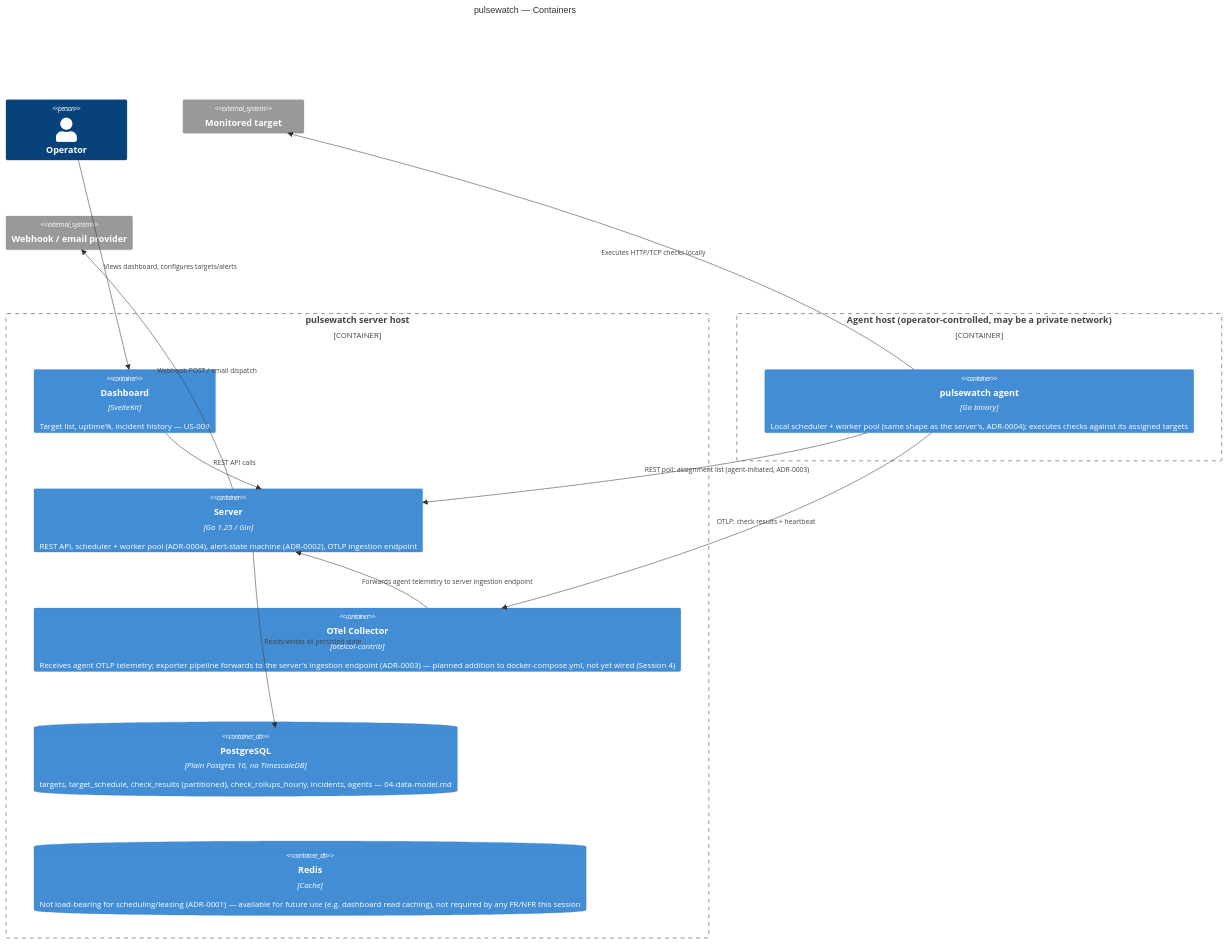
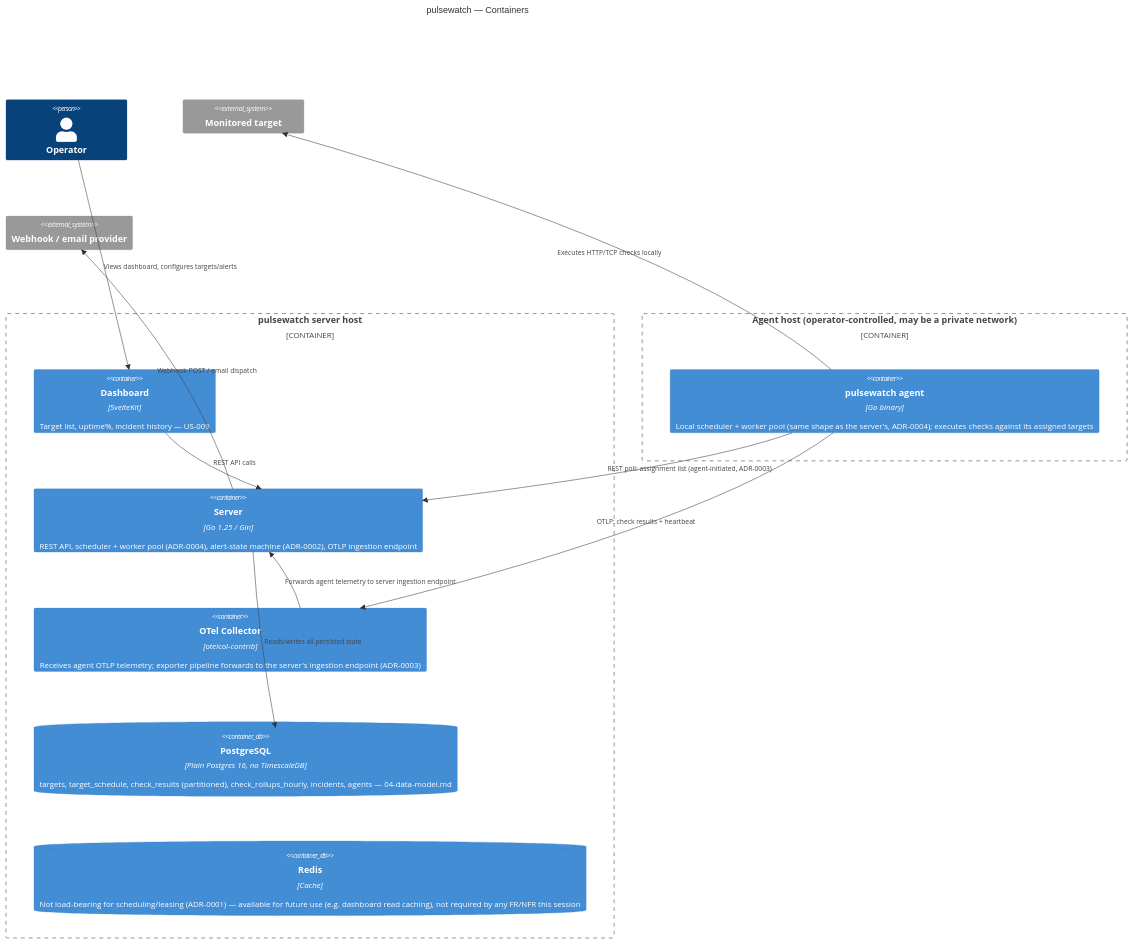
One commit to arb-rajab/pulsewatch changed the second of 5 diagrams in docs/project-memory/03-architecture.md. Above: the diagram before and after it, drawn with Mermaid. The commit also changed 1 other file, not shown here.

Commit message:
docs: Update stale README status and architecture docs
- README status: updated from "Session 4 complete, no monitoring logic yet"
  to "Session 22 complete" with accurate current capabilities (incident
  lifecycle, three dispatch channels, device dashboard, K8s deployment,
  agent monitoring) and honest listing of two permanently blocked items
  (B-013 sandbox-egress-blocked, B-016 permanently descoped by design)
- README project status: added summary of completed sessions 5-22, clarifying
  what each major session added
- README quickstart: updated description to reflect actual current state
  (full alerting pipeline working) instead of stale claim about Session 5
  not yet started
- architecture.md: removed stale "Session 4, not yet wired" comment about
  OTel Collector; it has been fully integrated since earlier sessions

This corrects audit findings from multiple prior reviews where this doc
drift was flagged but never addressed.

Claude-Session: https://claude.ai/code/session_01W395YDVVSKod7SkQG6J3az

````diff
--- a/docs/project-memory/03-architecture.md
+++ b/docs/project-memory/03-architecture.md
@@ -35,30 +35,30 @@
 ```mermaid
 C4Container
     title pulsewatch — Containers
 
     Person(operator, "Operator")
 
     Container_Boundary(server_host, "pulsewatch server host") {
         Container(spa, "Dashboard", "SvelteKit", "Target list, uptime%, incident history — US-009")
         Container(api, "Server", "Go 1.25 / Gin", "REST API, scheduler + worker pool (ADR-0004), alert-state machine (ADR-0002), OTLP ingestion endpoint")
-        Container(collector, "OTel Collector", "otelcol-contrib", "Receives agent OTLP telemetry; exporter pipeline forwards to the server's ingestion endpoint (ADR-0003) — planned addition to docker-compose.yml, not yet wired (Session 4)")
+        Container(collector, "OTel Collector", "otelcol-contrib", "Receives agent OTLP telemetry; exporter pipeline forwards to the server's ingestion endpoint (ADR-0003)")
         ContainerDb(pg, "PostgreSQL", "Plain Postgres 16, no TimescaleDB", "targets, target_schedule, check_results (partitioned), check_rollups_hourly, incidents, agents — 04-data-model.md")
         ContainerDb(redis, "Redis", "Cache", "Not load-bearing for scheduling/leasing (ADR-0001) — available for future use (e.g. dashboard read caching), not required by any FR/NFR this session")
     }
 
     Container_Boundary(agent_host, "Agent host (operator-controlled, may be a private network)") {
         Container(agentbin, "pulsewatch agent", "Go binary", "Local scheduler + worker pool (same shape as the server's, ADR-0004); executes checks against its assigned targets")
     }
 
     System_Ext(target, "Monitored target")
     System_Ext(alertchannel, "Webhook / email provider")
 
     Rel(operator, spa, "Views dashboard, configures targets/alerts")
     Rel(spa, api, "REST API calls")
     Rel(api, pg, "Reads/writes all persisted state")
     Rel(agentbin, target, "Executes HTTP/TCP checks locally")
     Rel(agentbin, collector, "OTLP: check results + heartbeat")
     Rel(agentbin, api, "REST poll: assignment list (agent-initiated, ADR-0003)")
     Rel(collector, api, "Forwards agent telemetry to server ingestion endpoint")
     Rel(api, alertchannel, "Webhook POST / email dispatch")
 ```
````
